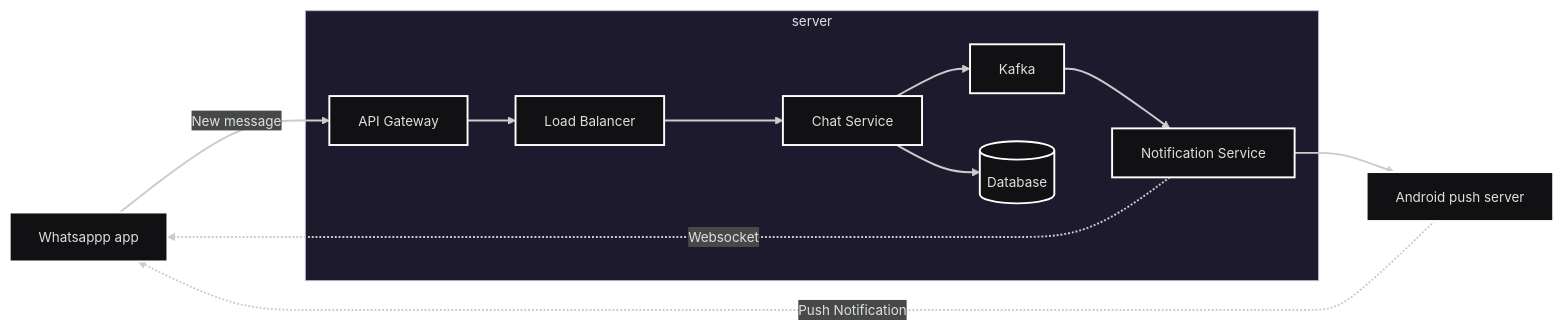
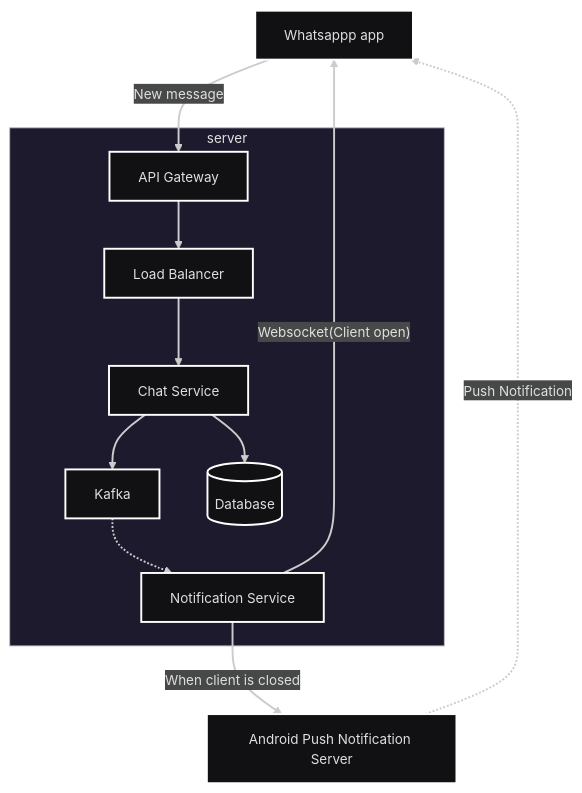
One commit to subhadig/architecture-practice changed the diagram in system-designs/whatsapp/diagram-flowchart.mermaid. Above: the diagram before and after it, drawn with Mermaid. The commit also changed 1 other file, not shown here.

Commit message:
Updated design diagram

```diff
--- a/system-designs/whatsapp/diagram-flowchart.mermaid
+++ b/system-designs/whatsapp/diagram-flowchart.mermaid
@@ -1,24 +1,25 @@
 ---
 config:
   theme: redux-dark-color
-  layout: dagre
 ---
-flowchart LR
+flowchart TB
     client["Whatsappp app"]
     subgraph server
         apigateway["API Gateway"]
         loadbalancer["Load Balancer"]
         chatservice["Chat Service"]
         kafka["Kafka"]
         database[("Database")]
         notficationservice["Notification Service"]
     end
-    pushserver["Android push server"]
+    pushserver["Android Push Notification Server"]
+    
+    pushserver-. Push Notification .->client
+    client-- New message -->apigateway
+    notficationservice-- Websocket(Client open) -->client
 
-    client-- New message -->apigateway
     apigateway-->loadbalancer-->chatservice
     chatservice-->kafka & database
-    kafka-->notficationservice
-    notficationservice-. Websocket .->client
-    notficationservice-->pushserver
-    pushserver-. Push Notification .->client
+    kafka-.->notficationservice
+    
+    notficationservice-- When client is closed -->pushserver
```
